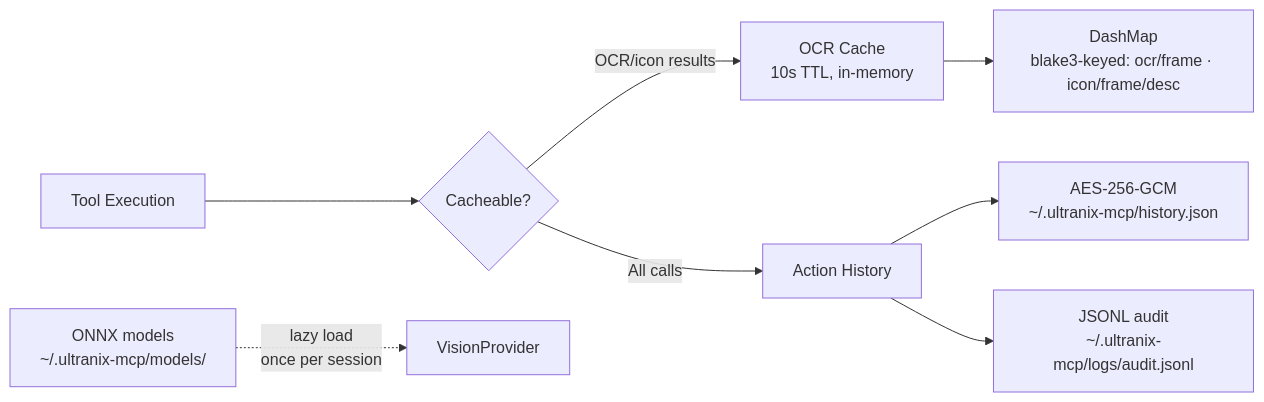
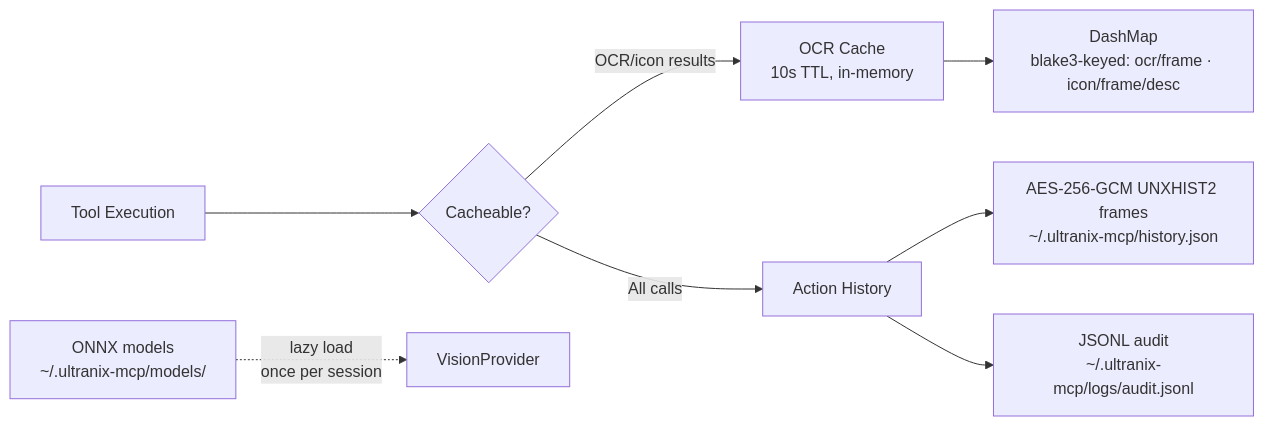
One commit to jxoesneon/ultranix-mcp changed the fourth of 9 diagrams in docs/ARCHITECTURE.md. Above: the diagram before and after it, drawn with Mermaid. The commit also changed other lines of this file and 62 other files, not shown here.

````diff
--- a/docs/ARCHITECTURE.md
+++ b/docs/ARCHITECTURE.md
@@ -375,10 +422,10 @@
 ```mermaid
 graph LR
     TOOL[Tool Execution] --> CACHE{Cacheable?}
     CACHE -->|OCR/icon results| OCRCACHE[OCR Cache<br/>10s TTL, in-memory]
     CACHE -->|All calls| HISTORY[Action History]
     OCRCACHE --> MEM[DashMap<br/>blake3-keyed: ocr/frame · icon/frame/desc]
-    HISTORY --> ENC[AES-256-GCM<br/>~/.ultranix-mcp/history.json]
+    HISTORY --> ENC[AES-256-GCM UNXHIST2 frames<br/>~/.ultranix-mcp/history.json]
     HISTORY --> AUDITL[JSONL audit<br/>~/.ultranix-mcp/logs/audit.jsonl]
     MODELS[ONNX models<br/>~/.ultranix-mcp/models/] -.->|lazy load<br/>once per session| PVIS2[VisionProvider]
 ```
````
